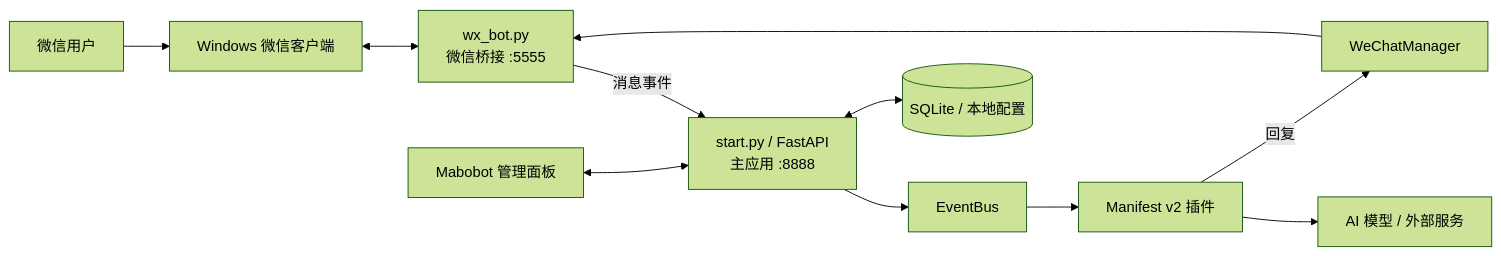
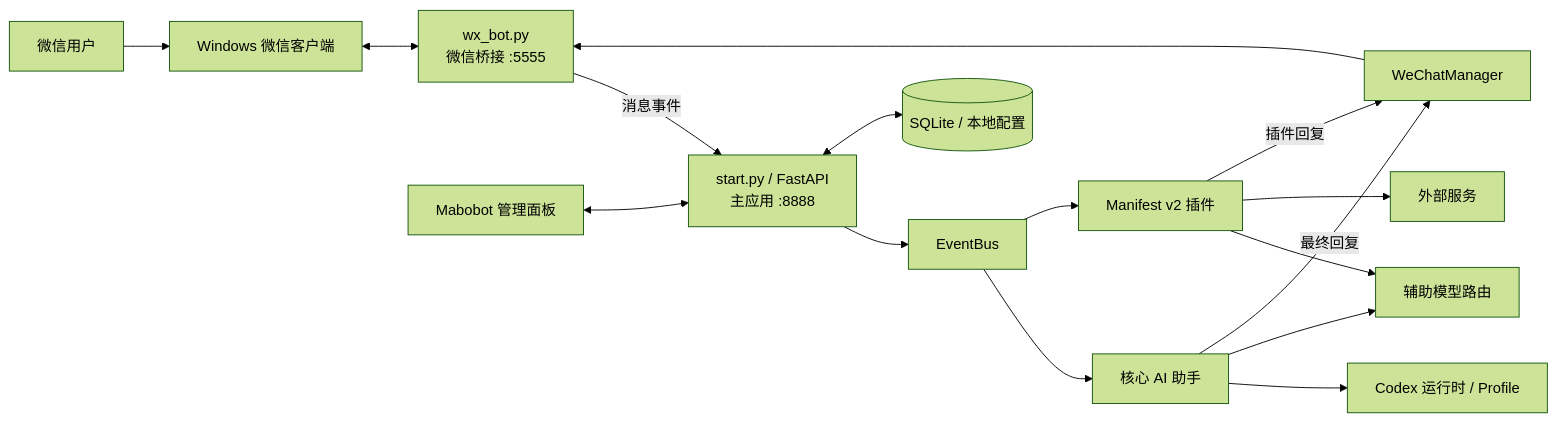
One commit to Maaboubou/GGBot changed the diagram in README.md. Above: the diagram before and after it, drawn with Mermaid (forest theme). The commit also changed other lines of this file and 20 other files, not shown here.

````diff
--- a/README.md
+++ b/README.md
@@ -21,13 +21,18 @@
 ```mermaid
 flowchart LR
     U[微信用户] --> W[Windows 微信客户端]
     W <--> B[wx_bot.py<br/>微信桥接 :5555]
     B -->|消息事件| A[start.py / FastAPI<br/>主应用 :8888]
     A --> E[EventBus]
+    E --> S[核心 AI 助手]
     E --> P[Manifest v2 插件]
-    P --> L[AI 模型 / 外部服务]
-    P -->|回复| M[WeChatManager]
+    S --> X[Codex 运行时 / Profile]
+    S --> L[辅助模型路由]
+    P --> L
+    P --> O[外部服务]
+    S -->|最终回复| M[WeChatManager]
+    P -->|插件回复| M
     M --> B
     C[Mabobot 管理面板] <--> A
     A <--> D[(SQLite / 本地配置)]
 ```
````
